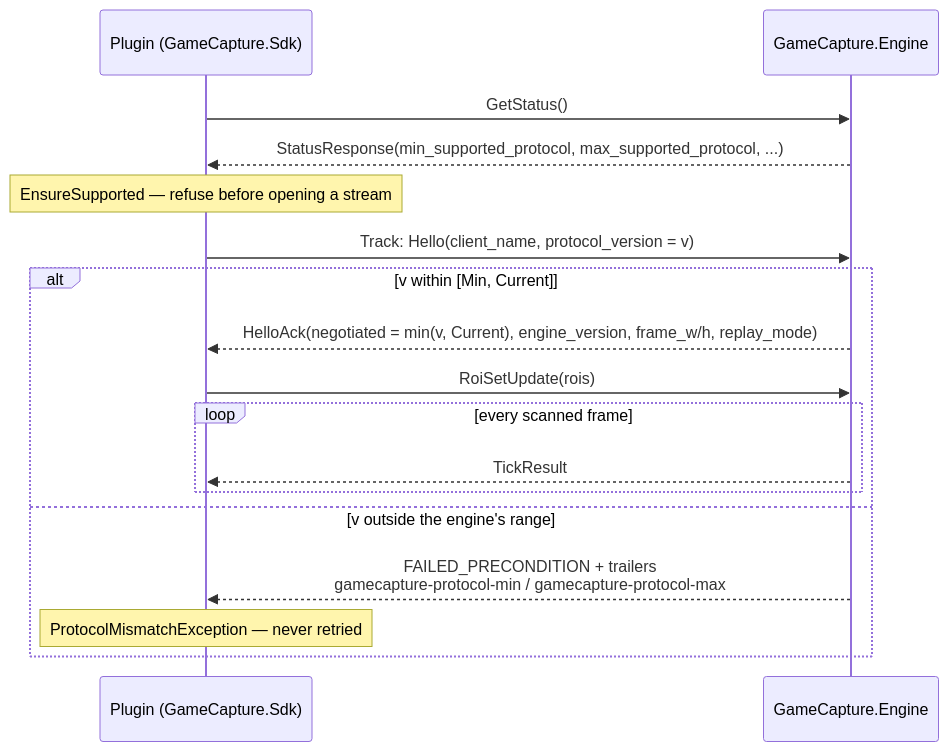
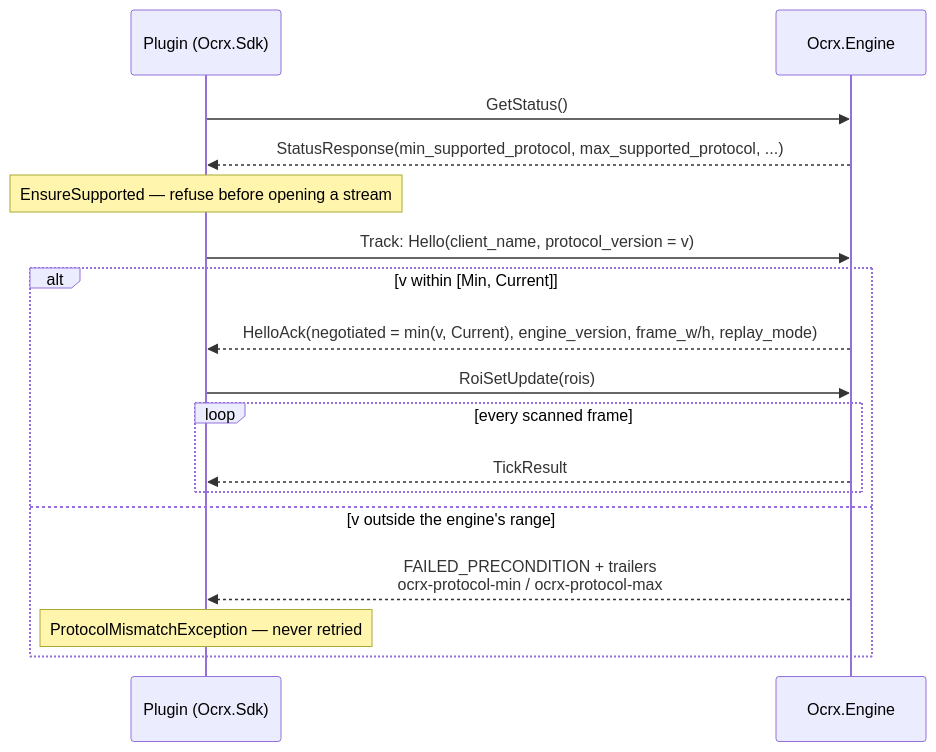
Before and after one commit to PetitCastor/gamecapture-engine: the diagram in docs/PROTOCOL.md, drawn with Mermaid. The commit also changed other lines of this file and 551 other files, not shown here.

Commit message:
feat: migrate private engine to OCRX v2

````diff
--- a/docs/PROTOCOL.md
+++ b/docs/PROTOCOL.md
@@ -32,21 +32,21 @@
 ```mermaid
 sequenceDiagram
-    participant P as Plugin (GameCapture.Sdk)
-    participant E as GameCapture.Engine
+    participant P as Plugin (Ocrx.Sdk)
+    participant E as Ocrx.Engine
 
     P->>E: GetStatus()
     E-->>P: StatusResponse(min_supported_protocol, max_supported_protocol, ...)
     Note over P: EnsureSupported — refuse before opening a stream
 
     P->>E: Track: Hello(client_name, protocol_version = v)
     alt v within [Min, Current]
         E-->>P: HelloAck(negotiated = min(v, Current), engine_version, frame_w/h, replay_mode)
         P->>E: RoiSetUpdate(rois)
         loop every scanned frame
             E-->>P: TickResult
         end
     else v outside the engine's range
-        E-->>P: FAILED_PRECONDITION + trailers<br/>gamecapture-protocol-min / gamecapture-protocol-max
+        E-->>P: FAILED_PRECONDITION + trailers<br/>ocrx-protocol-min / ocrx-protocol-max
         Note over P: ProtocolMismatchException — never retried
     end
 ```
````
